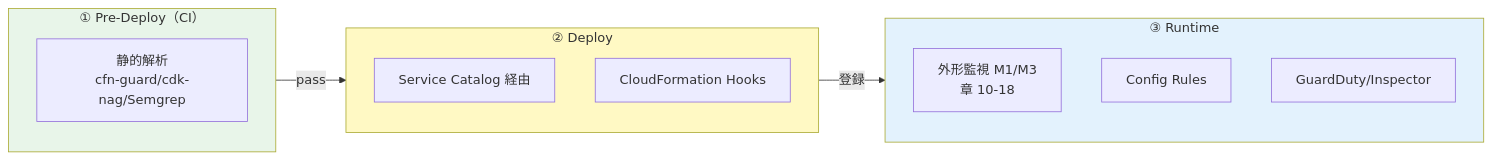
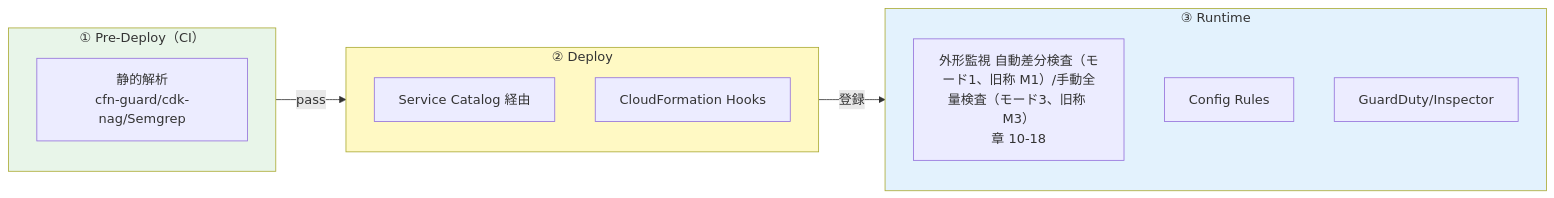
One commit to suepie/aws-atuh-poc changed the diagram in doc/api-platform/basic-design/05-security.md. Above: the diagram before and after it, drawn with Mermaid. The commit also changed other lines of this file and 15 other files, not shown here.

````diff
--- a/doc/api-platform/basic-design/05-security.md
+++ b/doc/api-platform/basic-design/05-security.md
@@ -154,19 +154,19 @@
 ```mermaid
 flowchart LR
     subgraph Pre["① Pre-Deploy（CI）"]
         Static[静的解析<br/>cfn-guard/cdk-nag/Semgrep]
     end
     subgraph Deploy["② Deploy"]
         SC[Service Catalog 経由]
         Hook[CloudFormation Hooks]
     end
     subgraph Runtime["③ Runtime"]
-        Probe[外形監視 M1/M3<br/>章 10-18]
+        Probe["外形監視 自動差分検査（モード1、旧称 M1）/手動全量検査（モード3、旧称 M3）<br/>章 10-18"]
         Config[Config Rules]
         GD[GuardDuty/Inspector]
     end
     Pre -->|pass| Deploy -->|登録| Runtime
     style Pre fill:#e8f5e9
     style Deploy fill:#fff9c4
     style Runtime fill:#e3f2fd
 ```
````
